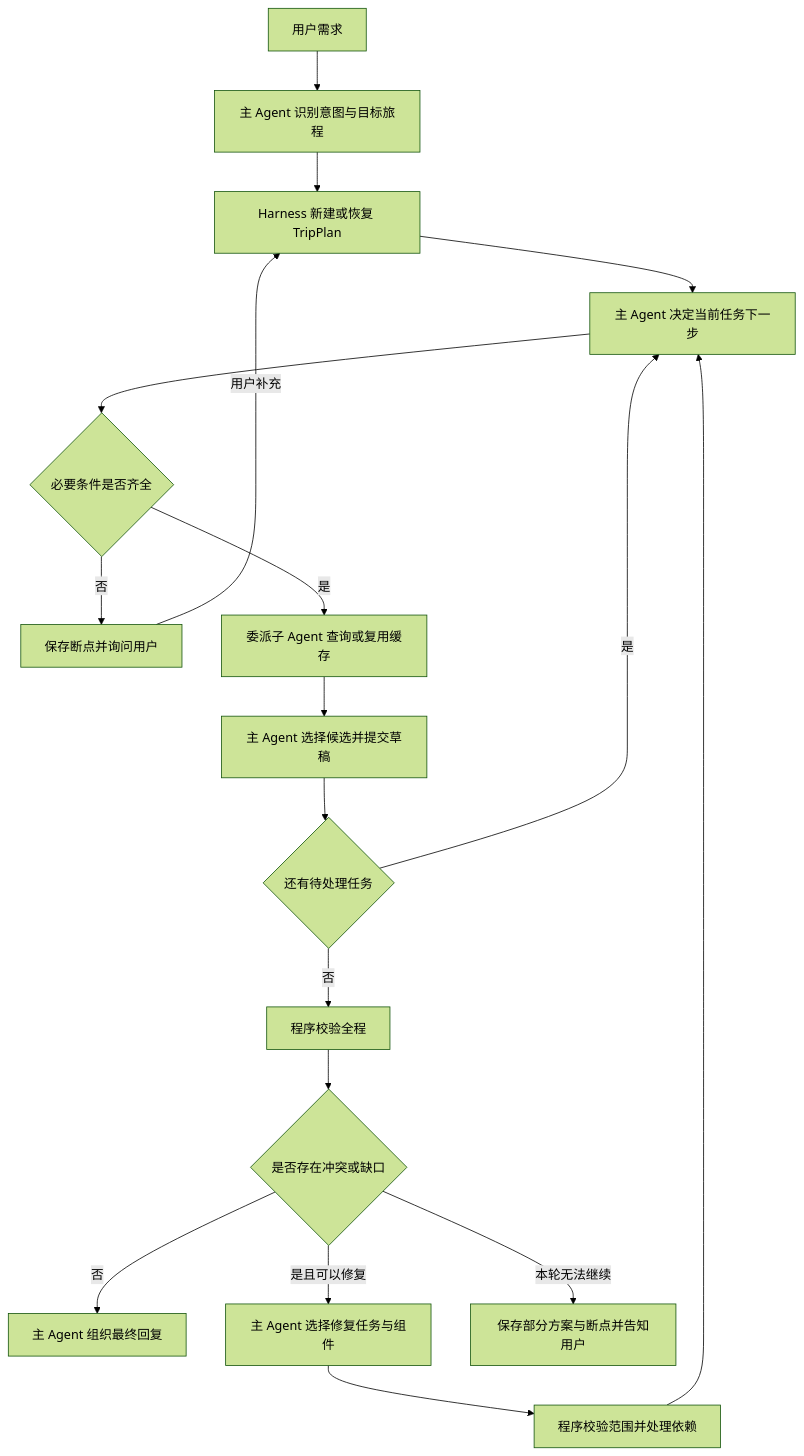
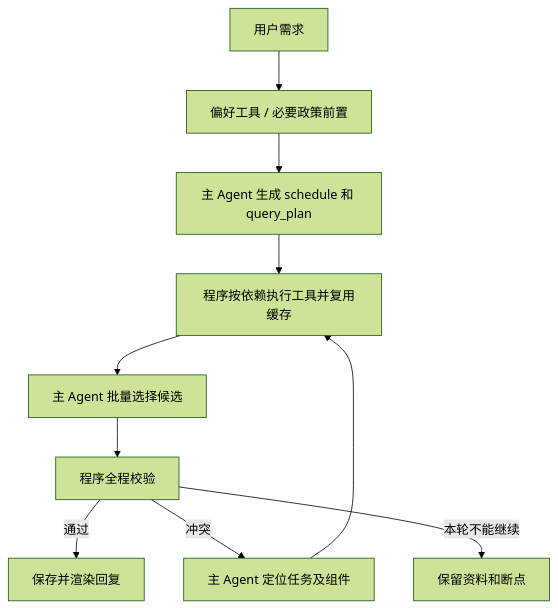
Before and after one commit to yzy703050-oss/trip-evidence-agent: the second of 2 diagrams in README.md, drawn with Mermaid (forest theme). The commit also changed other lines of this file and 250 other files, not shown here.

````diff
--- a/README.md
+++ b/README.md
@@ -51,20 +50,12 @@
 ```mermaid
 flowchart TD
-    U[用户需求] --> M[主 Agent 识别意图与目标旅程]
-    M --> W[Harness 新建或恢复 TripPlan]
-    W --> D[主 Agent 决定当前任务下一步]
-    D --> C{必要条件是否齐全}
-    C -->|否| Q[保存断点并询问用户]
-    Q -->|用户补充| W
-    C -->|是| I[委派子 Agent 查询或复用缓存]
-    I --> P[主 Agent 选择候选并提交草稿]
-    P --> N{还有待处理任务}
-    N -->|是| D
-    N -->|否| V[程序校验全程]
-    V --> R{是否存在冲突或缺口}
-    R -->|否| F[主 Agent 组织最终回复]
-    R -->|是且可以修复| S[主 Agent 选择修复任务与组件]
-    S --> H[程序校验范围并处理依赖]
-    H --> D
-    R -->|本轮无法继续| E[保存部分方案与断点并告知用户]
+    U[用户需求] --> P[偏好工具 / 必要政策前置]
+    P --> M[主 Agent 生成 schedule 和 query_plan]
+    M --> Q[程序按依赖执行工具并复用缓存]
+    Q --> C[主 Agent 批量选择候选]
+    C --> V[程序全程校验]
+    V -->|通过| F[保存并渲染回复]
+    V -->|冲突| R[主 Agent 定位任务及组件]
+    R --> Q
+    V -->|本轮不能继续| S[保留资料和断点]
 ```
````
